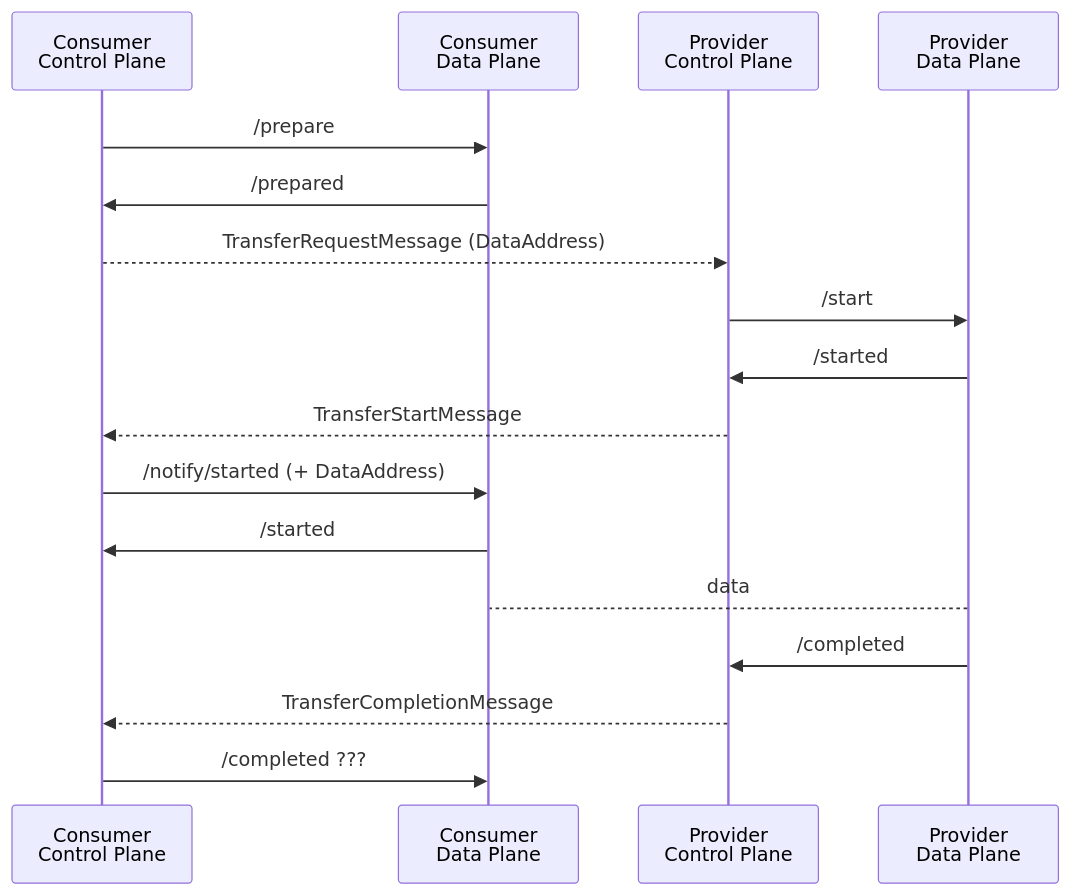
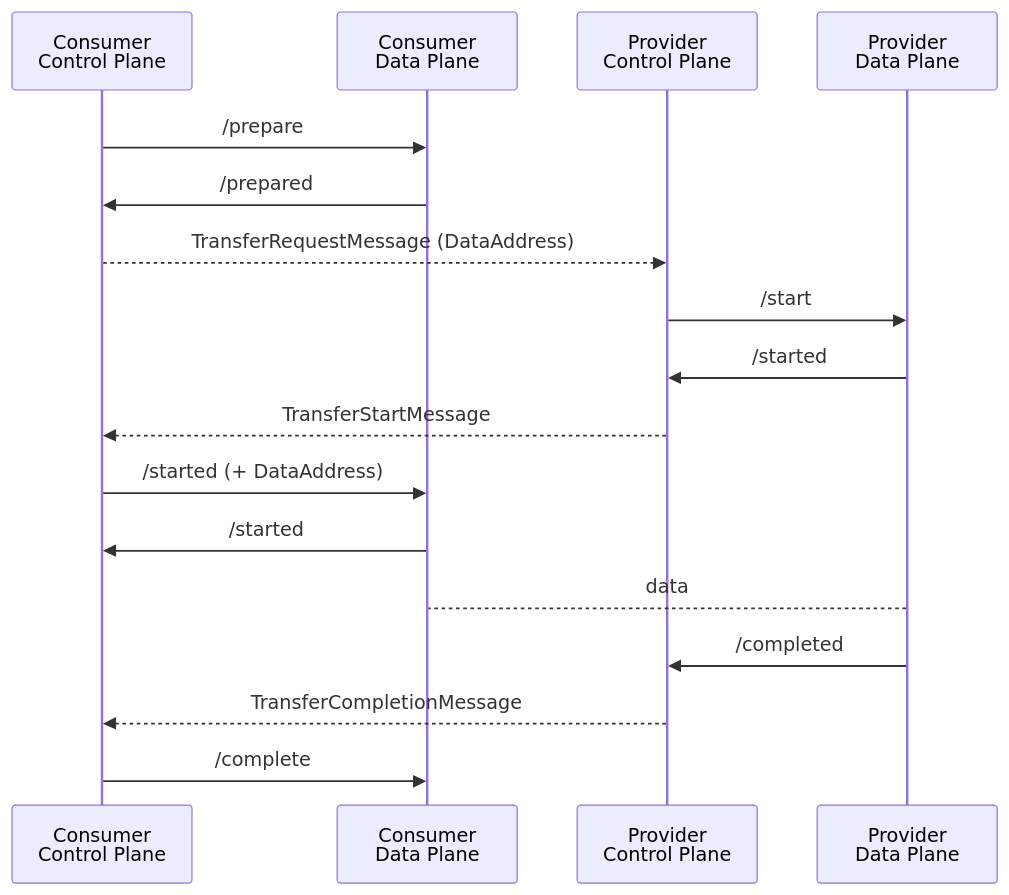
Before and after one commit to Metaform/dataplane-signaling: the third of 5 diagrams in docs/signaling.md, drawn with Mermaid. The commit also changed other lines of this file and 1 other file, not shown here.

Commit message:
docs: add /complete endpoint, fix paths

````diff
--- a/docs/signaling.md
+++ b/docs/signaling.md
@@ -159,19 +159,19 @@
 ```mermaid
 sequenceDiagram
     participant ccp as Consumer<br/>Control Plane
     participant cdp as Consumer<br/>Data Plane
     participant pcp as Provider<br/>Control Plane
     participant pdp as Provider<br/>Data Plane
     ccp ->> cdp: /prepare
     cdp ->> ccp: /prepared
     ccp -->> pcp: TransferRequestMessage (DataAddress)
     pcp ->> pdp: /start
     pdp ->> pcp: /started
     pcp -->> ccp: TransferStartMessage
-    ccp ->> cdp: /notify/started (+ DataAddress)
+    ccp ->> cdp: /started (+ DataAddress)
     cdp ->> ccp: /started
     pdp --> cdp: data
     pdp ->> pcp: /completed
     pcp -->> ccp: TransferCompletionMessage
-    ccp ->> cdp: /completed ???
+    ccp ->> cdp: /complete
 ```
````
